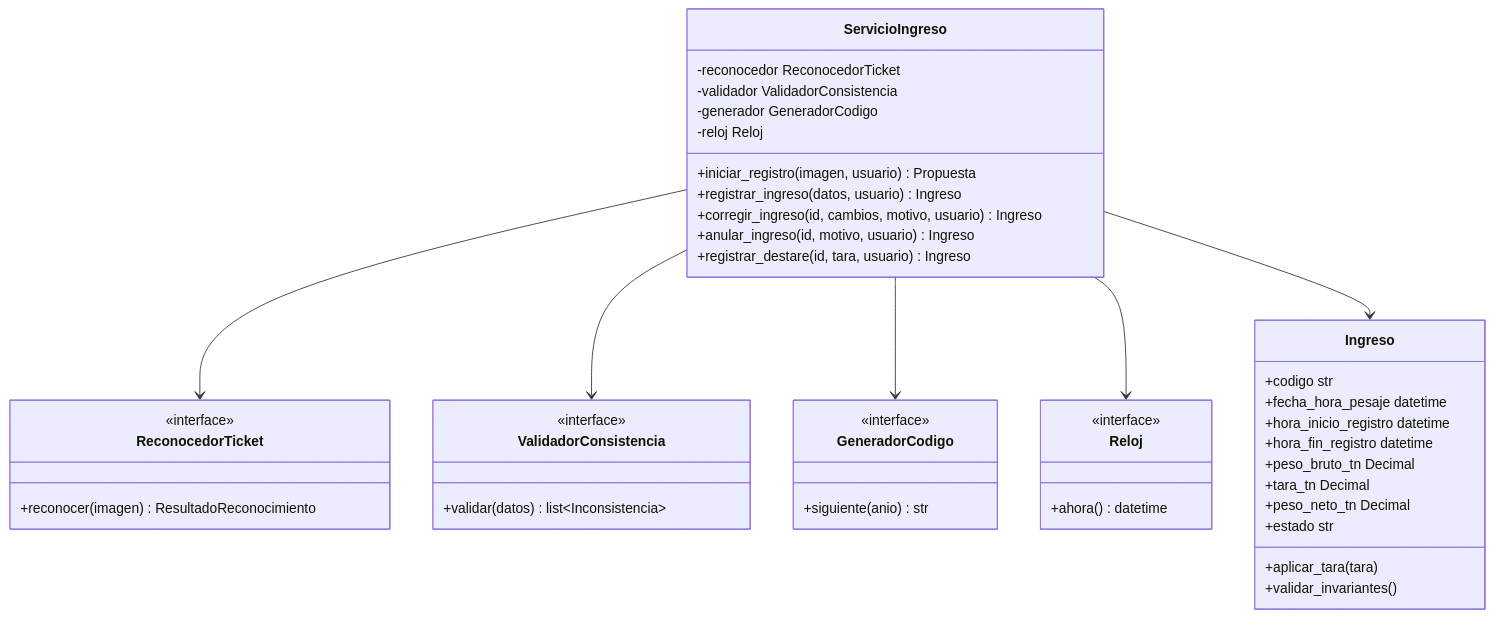
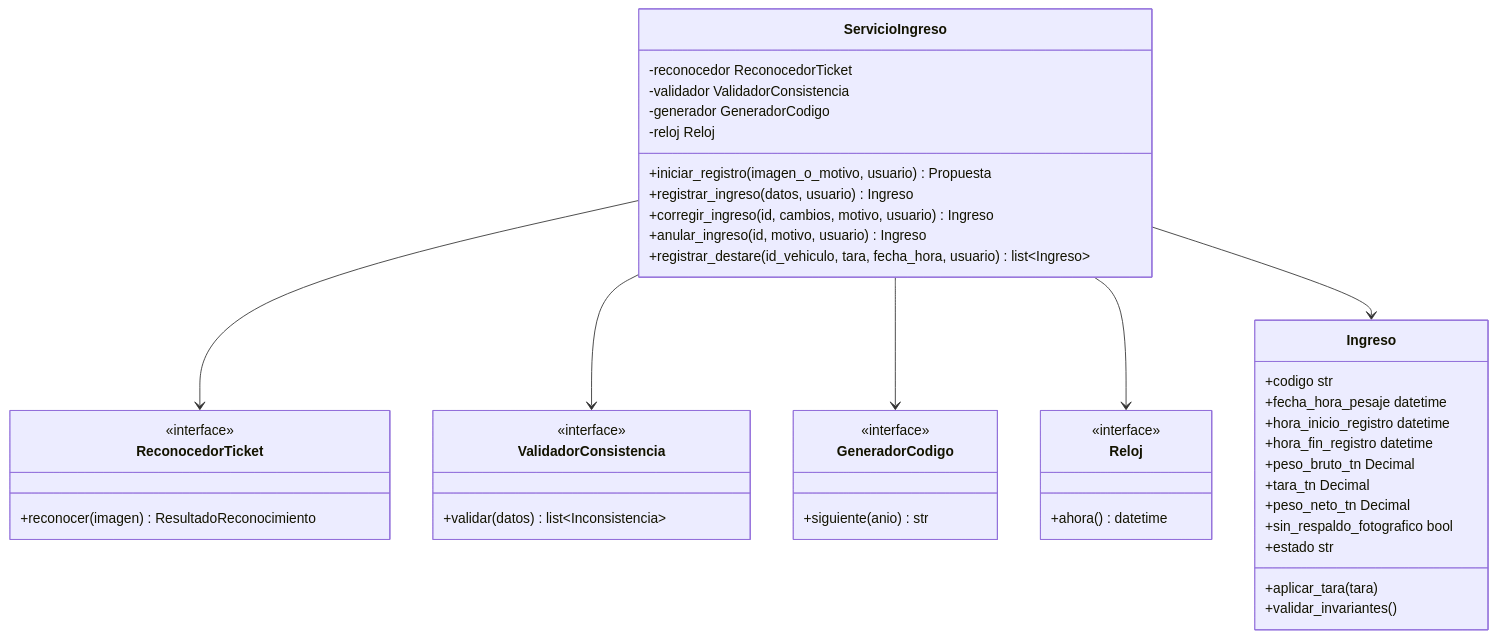
Before and after one commit to adlerOmonte1/LogisticaMinera: the seventh of 7 diagrams in docs/model-c4/ARQ-03_Modelo_C4.md, drawn with Mermaid. The commit also changed other lines of this file and 2 other files, not shown here.

````diff
--- a/docs/model-c4/ARQ-03_Modelo_C4.md
+++ b/docs/model-c4/ARQ-03_Modelo_C4.md
@@ -305,48 +308,49 @@
 ```mermaid
 classDiagram
     class ReconocedorTicket {
         <<interface>>
         +reconocer(imagen) ResultadoReconocimiento
     }
     class ValidadorConsistencia {
         <<interface>>
         +validar(datos) list~Inconsistencia~
     }
     class GeneradorCodigo {
         <<interface>>
         +siguiente(anio) str
     }
     class Reloj {
         <<interface>>
         +ahora() datetime
     }
     class ServicioIngreso {
         -reconocedor ReconocedorTicket
         -validador ValidadorConsistencia
         -generador GeneradorCodigo
         -reloj Reloj
-        +iniciar_registro(imagen, usuario) Propuesta
+        +iniciar_registro(imagen_o_motivo, usuario) Propuesta
         +registrar_ingreso(datos, usuario) Ingreso
         +corregir_ingreso(id, cambios, motivo, usuario) Ingreso
         +anular_ingreso(id, motivo, usuario) Ingreso
-        +registrar_destare(id, tara, usuario) Ingreso
+        +registrar_destare(id_vehiculo, tara, fecha_hora, usuario) list~Ingreso~
     }
     class Ingreso {
         +codigo str
         +fecha_hora_pesaje datetime
         +hora_inicio_registro datetime
         +hora_fin_registro datetime
         +peso_bruto_tn Decimal
         +tara_tn Decimal
         +peso_neto_tn Decimal
+        +sin_respaldo_fotografico bool
         +estado str
         +aplicar_tara(tara)
         +validar_invariantes()
     }
 
     ServicioIngreso --> ReconocedorTicket
     ServicioIngreso --> ValidadorConsistencia
     ServicioIngreso --> GeneradorCodigo
     ServicioIngreso --> Reloj
     ServicioIngreso --> Ingreso
 ```
````
